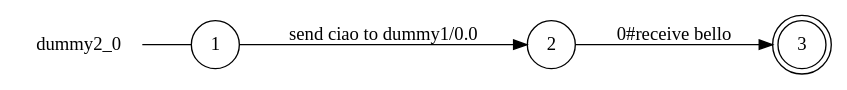
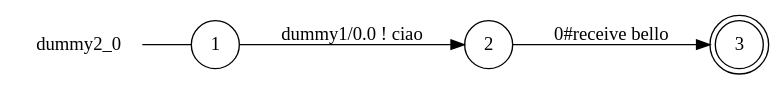
One commit to gabrielegenovese/chorer changed the diagram in examples/async/dummy2_0_local_view.dot. Above: the diagram before and after it, drawn with Graphviz. The commit also changed 56 other files, not shown here.

Commit message:
updated send label format in "proc ! data"

```diff
--- a/examples/async/dummy2_0_local_view.dot
+++ b/examples/async/dummy2_0_local_view.dot
@@ -1,11 +1,11 @@
 digraph dummy2_0 {
 	rankdir="LR";
 	n_0 [label="dummy2_0", shape="plaintext"];
 	n_1 [id="1", shape=circle, label="1"];
 	n_0 -> n_1 [arrowhead=none];
 	n_2 [id="2", shape=circle, label="2"];
 	n_3 [id="3", shape=doublecircle, label="3"];
 
-	n_1 -> n_2 [id="[$e|0]", label="send ciao to dummy1/0.0"];
+	n_1 -> n_2 [id="[$e|0]", label="dummy1/0.0 ! ciao"];
 	n_2 -> n_3 [id="[$e|1]", label="0#receive bello"];
 }
```
